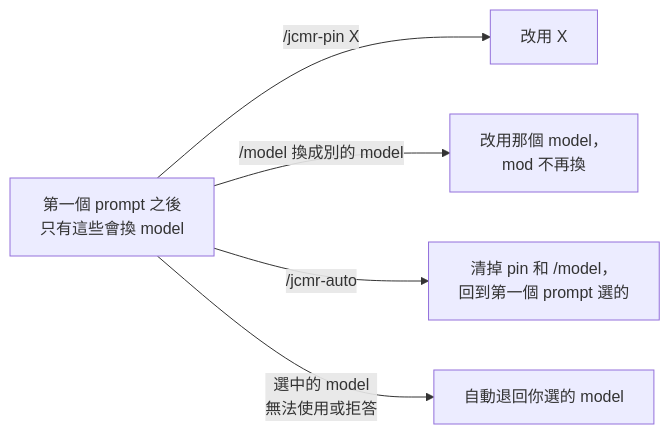
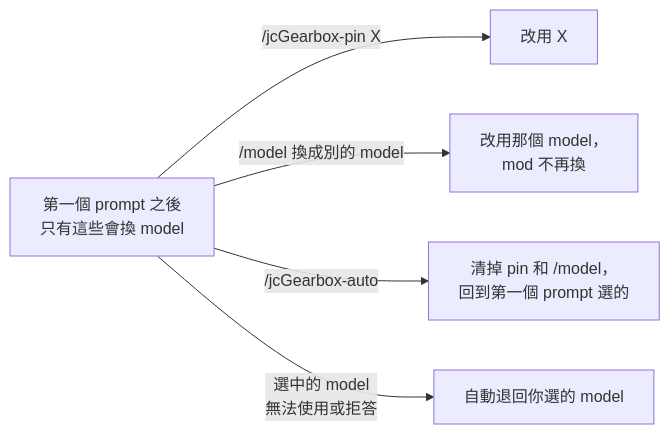
The second of 3 diagrams in README.zh-TW.md (KevinYu1580/jcGearbox), drawn with Mermaid before and after one commit. The commit also changed other lines of this file and 9 other files, not shown here.

````diff
--- a/README.zh-TW.md
+++ b/README.zh-TW.md
@@ -60,8 +60,8 @@
 ```mermaid
 flowchart LR
     C["第一個 prompt 之後<br/>只有這些會換 model"]
-    C -->|"/jcmr-pin X"| X["改用 X"]
+    C -->|"/jcGearbox-pin X"| X["改用 X"]
     C -->|"/model 換成別的 model"| U["改用那個 model，<br/>mod 不再換"]
-    C -->|"/jcmr-auto"| A["清掉 pin 和 /model，<br/>回到第一個 prompt 選的"]
+    C -->|"/jcGearbox-auto"| A["清掉 pin 和 /model，<br/>回到第一個 prompt 選的"]
     C -->|"選中的 model<br/>無法使用或拒答"| S["自動退回你選的 model"]
 ```
````
